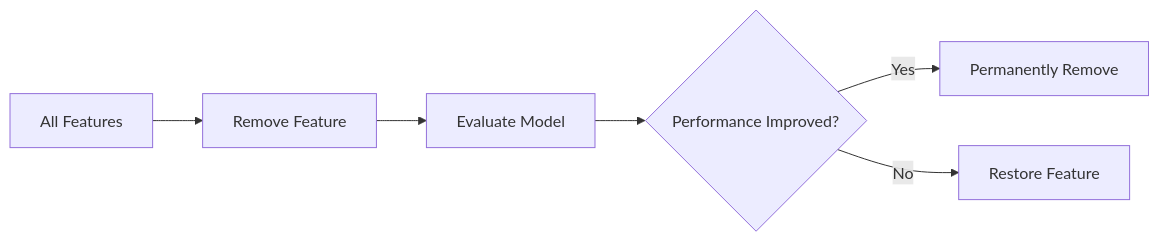
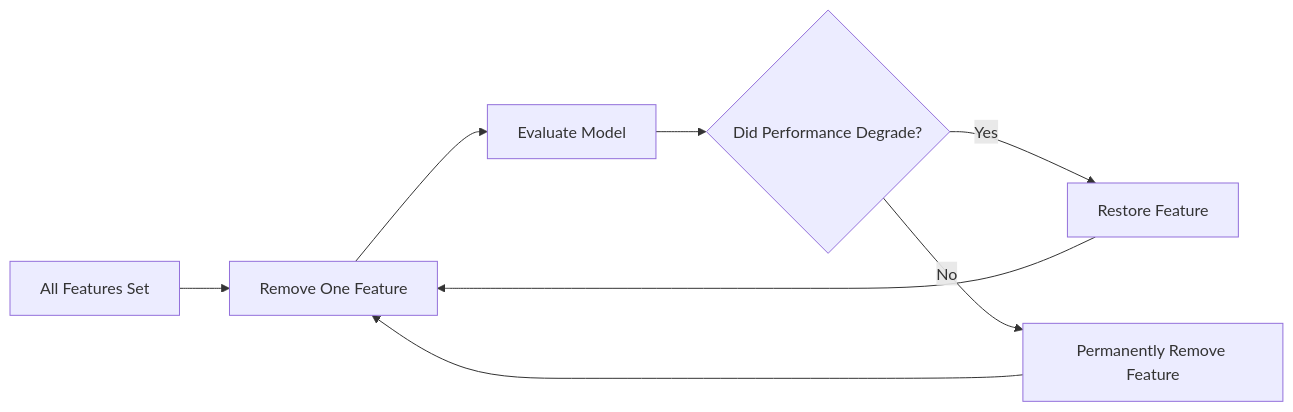
One commit to Balasubramanian-pg/MSC.-Data-Science-AI changed the fifth of 7 diagrams in Trimester 1/Data Preprocessing/W06 - Data Reduction/L1/6.4. Attribute Subset Selection.md. Above: the diagram before and after it, drawn with Mermaid. The commit also changed other lines of this file, not shown here.

````diff
--- a/Trimester 1/Data Preprocessing/W06 - Data Reduction/L1/6.4. Attribute Subset Selection.md
+++ b/Trimester 1/Data Preprocessing/W06 - Data Reduction/L1/6.4. Attribute Subset Selection.md
@@ -454,13 +320,11 @@
 ```mermaid
 flowchart LR
-    A[All Features]
-    --> B[Remove Feature]
-
+    A[All Features Set]
+    --> B[Remove One Feature]
     B --> C[Evaluate Model]
-
-    C --> D{Performance Improved?}
-
-    D -->|Yes| E[Permanently Remove]
-
-    D -->|No| F[Restore Feature]
+    C --> D{Did Performance Degrade?}
+    D -->|Yes| E[Restore Feature]
+    D -->|No| F[Permanently Remove Feature]
+    E --> B
+    F --> B
 ```
````
